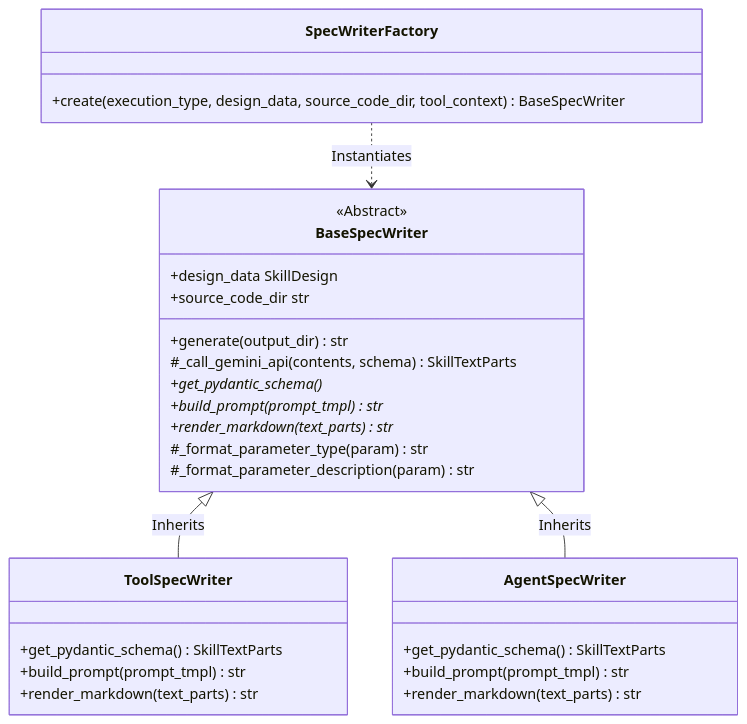
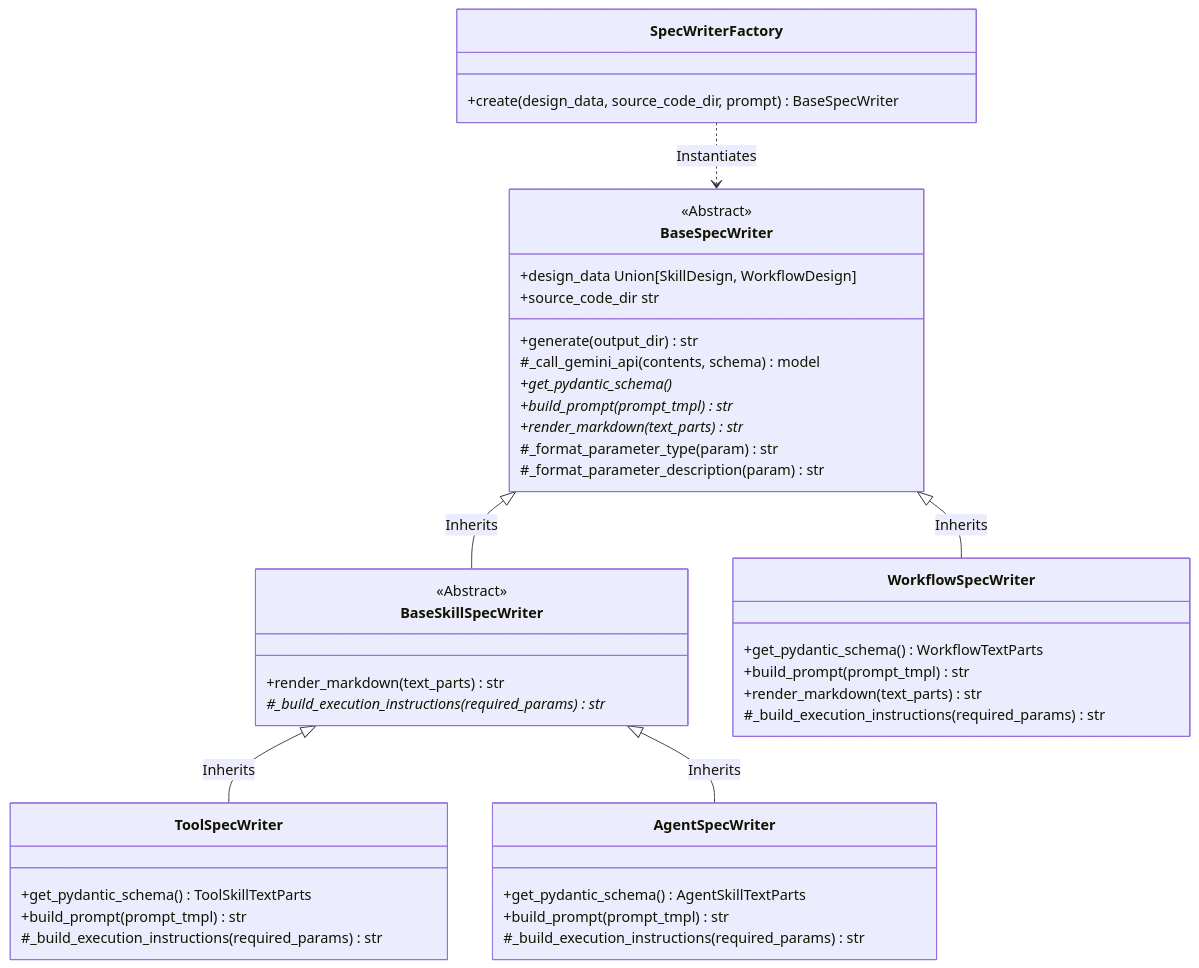
One commit to magic-sword/skill-edd-agent changed the diagram in src/skills/skill-spec-writer/references/architecture_design.md. Above: the diagram before and after it, drawn with Mermaid. The commit also changed other lines of this file and 23 other files, not shown here.

````diff
--- a/src/skills/skill-spec-writer/references/architecture_design.md
+++ b/src/skills/skill-spec-writer/references/architecture_design.md
@@ -13,32 +13,45 @@
 ```mermaid
 classDiagram
     class SpecWriterFactory {
-        +create(execution_type, design_data, source_code_dir, tool_context) BaseSpecWriter
+        +create(design_data, source_code_dir, prompt) BaseSpecWriter
     }
     class BaseSpecWriter {
         <<Abstract>>
-        +design_data SkillDesign
+        +design_data Union[SkillDesign, WorkflowDesign]
         +source_code_dir str
         +generate(output_dir) str
-        #_call_gemini_api(contents, schema) SkillTextParts
+        #_call_gemini_api(contents, schema) model
         +get_pydantic_schema()*
         +build_prompt(prompt_tmpl)* str
         +render_markdown(text_parts)* str
         #_format_parameter_type(param) str
         #_format_parameter_description(param) str
     }
+    class BaseSkillSpecWriter {
+        <<Abstract>>
+        +render_markdown(text_parts) str
+        #_build_execution_instructions(required_params)* str
+    }
     class ToolSpecWriter {
-        +get_pydantic_schema() SkillTextParts
+        +get_pydantic_schema() ToolSkillTextParts
+        +build_prompt(prompt_tmpl) str
+        #_build_execution_instructions(required_params) str
+    }
+    class AgentSpecWriter {
+        +get_pydantic_schema() AgentSkillTextParts
+        +build_prompt(prompt_tmpl) str
+        #_build_execution_instructions(required_params) str
+    }
+    class WorkflowSpecWriter {
+        +get_pydantic_schema() WorkflowTextParts
         +build_prompt(prompt_tmpl) str
         +render_markdown(text_parts) str
-    }
-    class AgentSpecWriter {
-        +get_pydantic_schema() SkillTextParts
-        +build_prompt(prompt_tmpl) str
-        +render_markdown(text_parts) str
+        #_build_execution_instructions(required_params) str
     }
 
     SpecWriterFactory ..> BaseSpecWriter : Instantiates
-    BaseSpecWriter <|-- ToolSpecWriter : Inherits
-    BaseSpecWriter <|-- AgentSpecWriter : Inherits
+    BaseSpecWriter <|-- BaseSkillSpecWriter : Inherits
+    BaseSpecWriter <|-- WorkflowSpecWriter : Inherits
+    BaseSkillSpecWriter <|-- ToolSpecWriter : Inherits
+    BaseSkillSpecWriter <|-- AgentSpecWriter : Inherits
 ```
````
